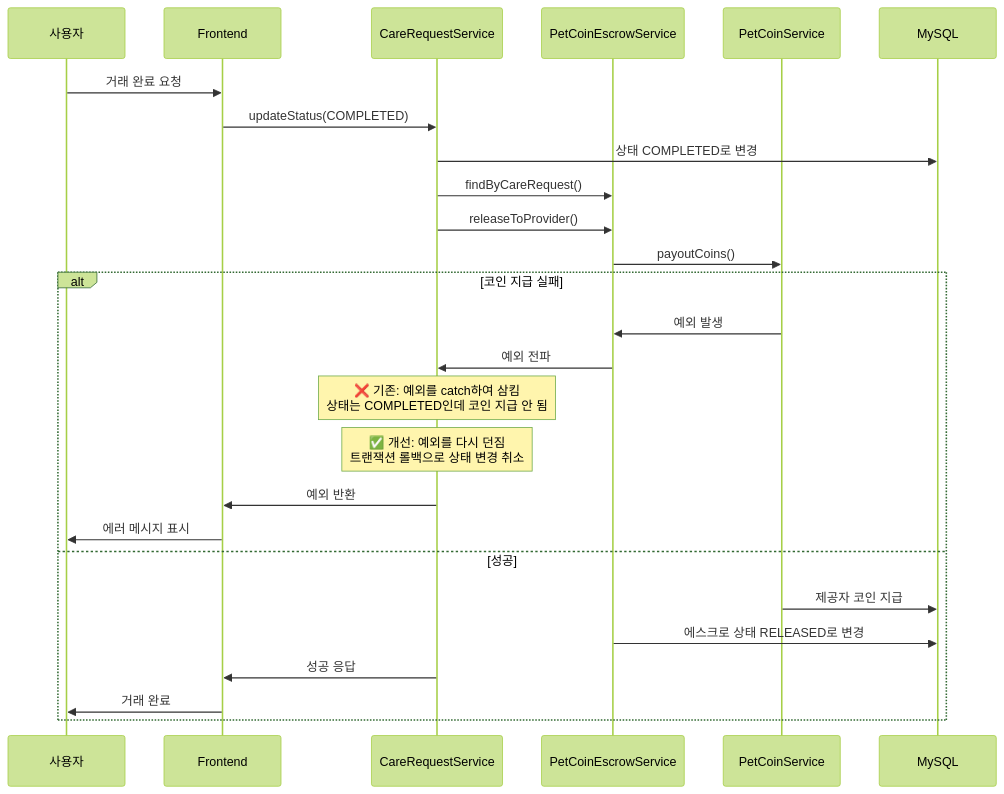
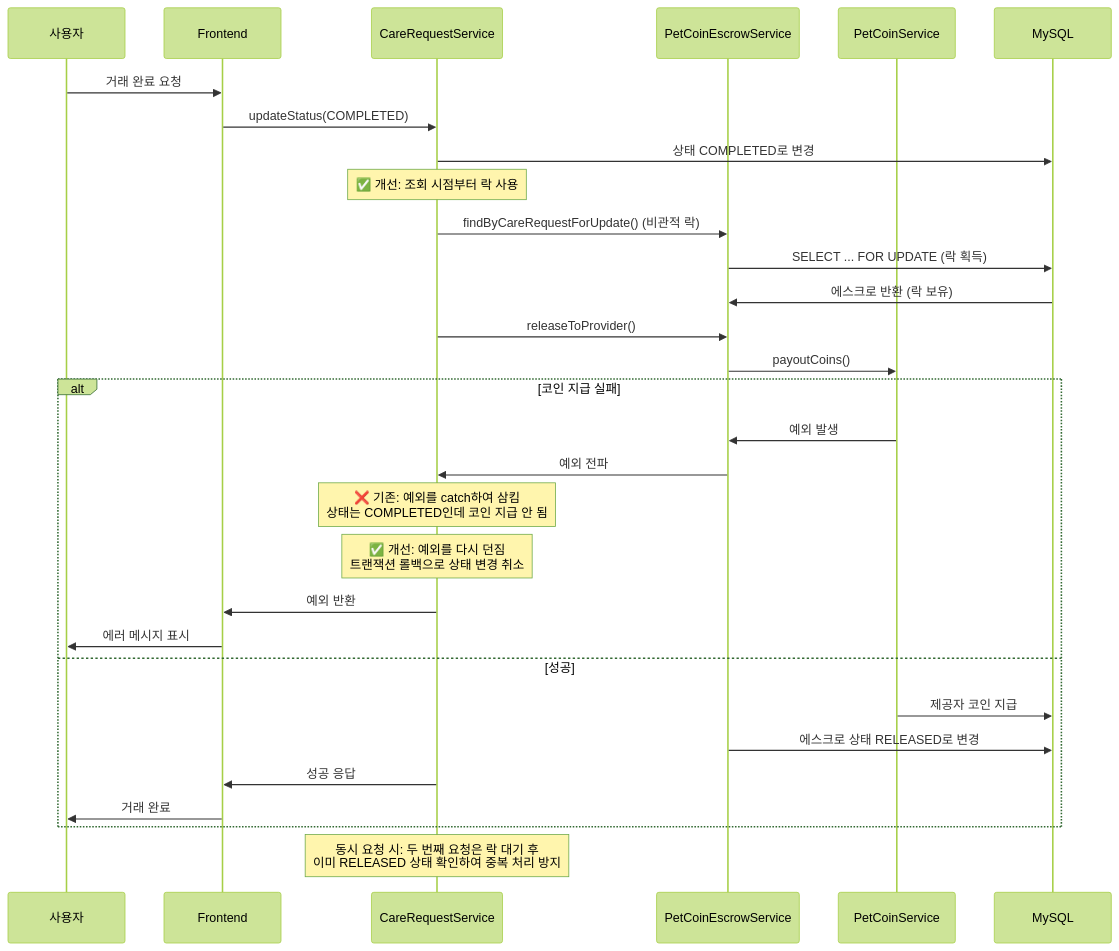
One commit to makkong1/Petory changed the fourth of 6 diagrams in docs/troubleshooting/payment/payment-troubleshooting-detailed.md. Above: the diagram before and after it, drawn with Mermaid (forest theme). The commit also changed other lines of this file and 9 other files, not shown here.

````diff
--- a/docs/troubleshooting/payment/payment-troubleshooting-detailed.md
+++ b/docs/troubleshooting/payment/payment-troubleshooting-detailed.md
@@ -517,33 +607,40 @@
 ```mermaid
 sequenceDiagram
     participant User as 사용자
     participant Frontend as Frontend
     participant CareRequestService as CareRequestService
     participant EscrowService as PetCoinEscrowService
     participant PetCoinService as PetCoinService
     participant DB as MySQL
     
     User->>Frontend: 거래 완료 요청
     Frontend->>CareRequestService: updateStatus(COMPLETED)
     
     CareRequestService->>DB: 상태 COMPLETED로 변경
-    CareRequestService->>EscrowService: findByCareRequest()
+    
+    Note over CareRequestService: ✅ 개선: 조회 시점부터 락 사용
+    CareRequestService->>EscrowService: findByCareRequestForUpdate() (비관적 락)
+    EscrowService->>DB: SELECT ... FOR UPDATE (락 획득)
+    DB->>EscrowService: 에스크로 반환 (락 보유)
+    
     CareRequestService->>EscrowService: releaseToProvider()
     EscrowService->>PetCoinService: payoutCoins()
     
     alt 코인 지급 실패
         PetCoinService->>EscrowService: 예외 발생
         EscrowService->>CareRequestService: 예외 전파
         
         Note over CareRequestService: ❌ 기존: 예외를 catch하여 삼킴<br/>상태는 COMPLETED인데 코인 지급 안 됨
         Note over CareRequestService: ✅ 개선: 예외를 다시 던짐<br/>트랜잭션 롤백으로 상태 변경 취소
         
         CareRequestService->>Frontend: 예외 반환
         Frontend->>User: 에러 메시지 표시
     else 성공
         PetCoinService->>DB: 제공자 코인 지급
         EscrowService->>DB: 에스크로 상태 RELEASED로 변경
         CareRequestService->>Frontend: 성공 응답
         Frontend->>User: 거래 완료
     end
+    
+    Note over CareRequestService: 동시 요청 시: 두 번째 요청은 락 대기 후<br/>이미 RELEASED 상태 확인하여 중복 처리 방지
 ```
````
